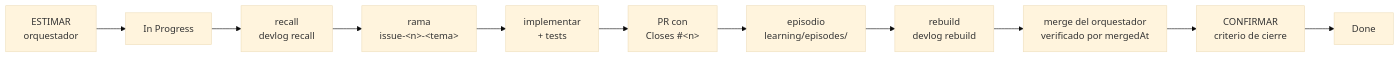
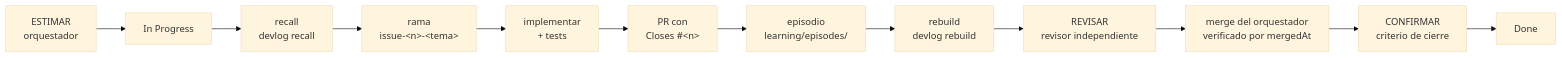
One commit to cherrera0001/Agents_Learning_Loops changed the diagram in docs/entorno/harness.md. Above: the diagram before and after it, drawn with Mermaid (base theme). The commit also changed other lines of this file and 11 other files, not shown here.

Commit message:
docs(piloto): correcciones de la revisión independiente del PR #95 (#94)

````diff
--- a/docs/entorno/harness.md
+++ b/docs/entorno/harness.md
@@ -44,13 +44,14 @@
 ```mermaid
 flowchart LR
     ES["ESTIMAR<br/>orquestador"] --> IP["In Progress"]
     IP --> R["recall<br/>devlog recall"]
     R --> B["rama<br/>issue-&lt;n&gt;-&lt;tema&gt;"]
     B --> I["implementar<br/>+ tests"]
     I --> PR["PR con<br/>Closes #&lt;n&gt;"]
     PR --> E["episodio<br/>learning/episodes/"]
     E --> RB["rebuild<br/>devlog rebuild"]
-    RB --> M["merge del orquestador<br/>verificado por mergedAt"]
+    RB --> RV["REVISAR<br/>revisor independiente"]
+    RV --> M["merge del orquestador<br/>verificado por mergedAt"]
     M --> CF["CONFIRMAR<br/>criterio de cierre"]
     CF --> D["Done"]
 ```
````
